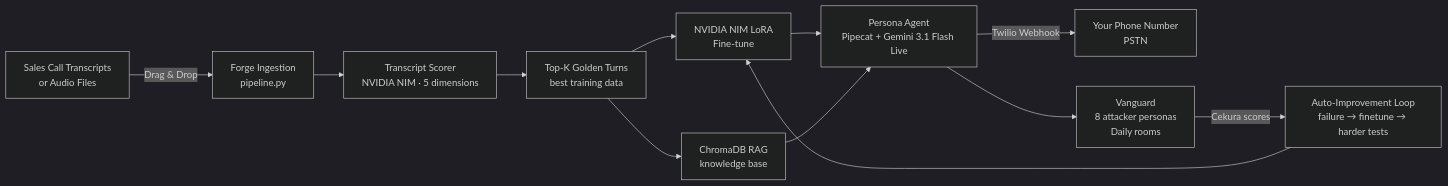
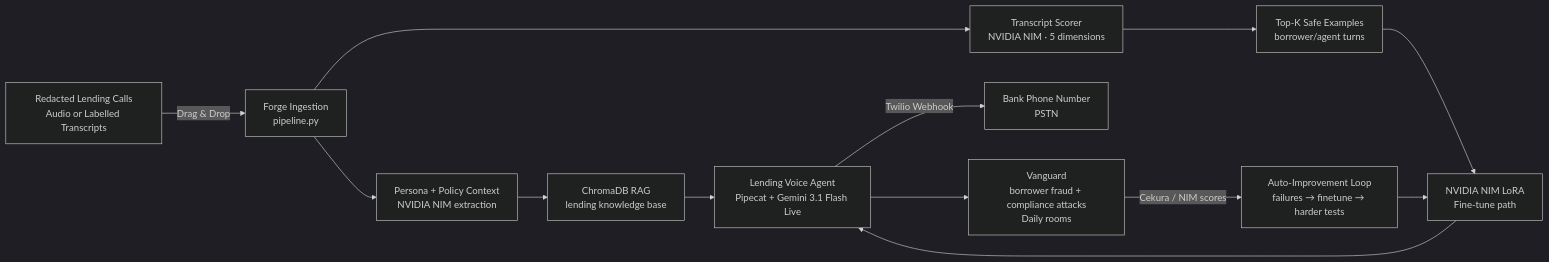
The diagram in README.md (Dhruva966/YC-Voice-Agents), drawn with Mermaid (dark theme) before and after one commit. The commit also changed other lines of this file and 5 other files, not shown here.

````diff
--- a/README.md
+++ b/README.md
@@ -27,14 +29,15 @@
 ```mermaid
 flowchart LR
-    A[Sales Call Transcripts\nor Audio Files] -->|Drag & Drop| B[Forge Ingestion\npipeline.py]
-    B --> C[Transcript Scorer\nNVIDIA NIM · 5 dimensions]
-    C --> D[Top-K Golden Turns\nbest training data]
-    D --> E[NVIDIA NIM LoRA\nFine-tune]
-    D --> F[ChromaDB RAG\nknowledge base]
-    E --> G[Persona Agent\nPipecat + Gemini 3.1 Flash Live]
-    F --> G
-    G -->|Twilio Webhook| H[Your Phone Number\nPSTN]
-    G --> I[Vanguard\n8 attacker personas\nDaily rooms]
-    I -->|Cekura scores| J[Auto-Improvement Loop\nfailure → finetune → harder tests]
-    J --> E
+    A[Redacted Lending Calls\nAudio or Labelled Transcripts] -->|Drag & Drop| B[Forge Ingestion\npipeline.py]
+    B --> C[Persona + Policy Context\nNVIDIA NIM extraction]
+    B --> D[Transcript Scorer\nNVIDIA NIM · 5 dimensions]
+    D --> E[Top-K Safe Examples\nborrower/agent turns]
+    C --> F[ChromaDB RAG\nlending knowledge base]
+    E --> H[NVIDIA NIM LoRA\nFine-tune path]
+    F --> G[Lending Voice Agent\nPipecat + Gemini 3.1 Flash Live]
+    H --> G
+    G -->|Twilio Webhook| I[Bank Phone Number\nPSTN]
+    G --> J[Vanguard\nborrower fraud + compliance attacks\nDaily rooms]
+    J -->|Cekura / NIM scores| K[Auto-Improvement Loop\nfailures → finetune → harder tests]
+    K --> H
 ```
````
